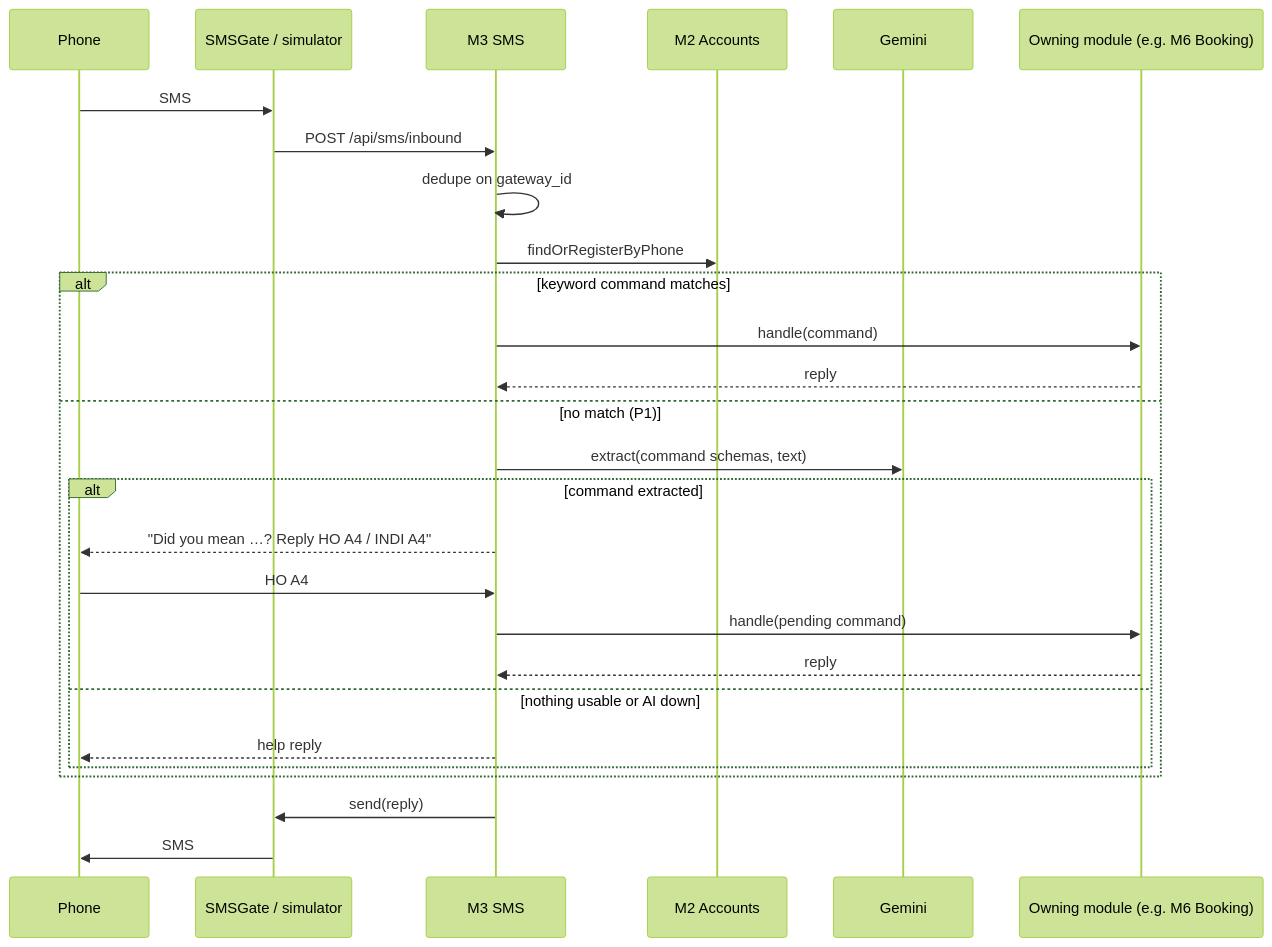
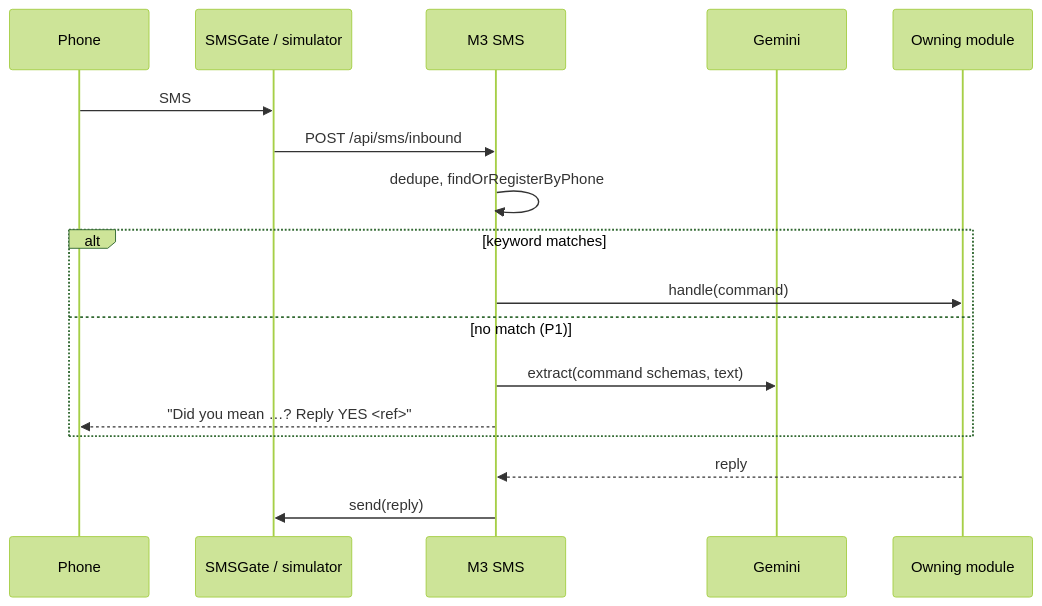
One commit to andrianllmm/hack-iloilo changed the third of 4 diagrams in TRD.md. Above: the diagram before and after it, drawn with Mermaid (forest theme). The commit also changed other lines of this file and 2 other files, not shown here.

````diff
--- a/TRD.md
+++ b/TRD.md
@@ -427,29 +156,19 @@
 ```mermaid
 sequenceDiagram
   participant P as Phone
   participant G as SMSGate / simulator
   participant S as M3 SMS
-  participant A as M2 Accounts
   participant AI as Gemini
-  participant H as Owning module (e.g. M6 Booking)
+  participant H as Owning module
   P->>G: SMS
   G->>S: POST /api/sms/inbound
-  S->>S: dedupe on gateway_id
-  S->>A: findOrRegisterByPhone
-  alt keyword command matches
+  S->>S: dedupe, findOrRegisterByPhone
+  alt keyword matches
     S->>H: handle(command)
-    H-->>S: reply
   else no match (P1)
     S->>AI: extract(command schemas, text)
-    alt command extracted
-      S-->>P: "Did you mean …? Reply HO A4 / INDI A4"
-      P->>S: HO A4
-      S->>H: handle(pending command)
-      H-->>S: reply
-    else nothing usable or AI down
-      S-->>P: help reply
-    end
+    S-->>P: "Did you mean …? Reply YES <ref>"
   end
+  H-->>S: reply
   S->>G: send(reply)
-  G->>P: SMS
 ```
````
